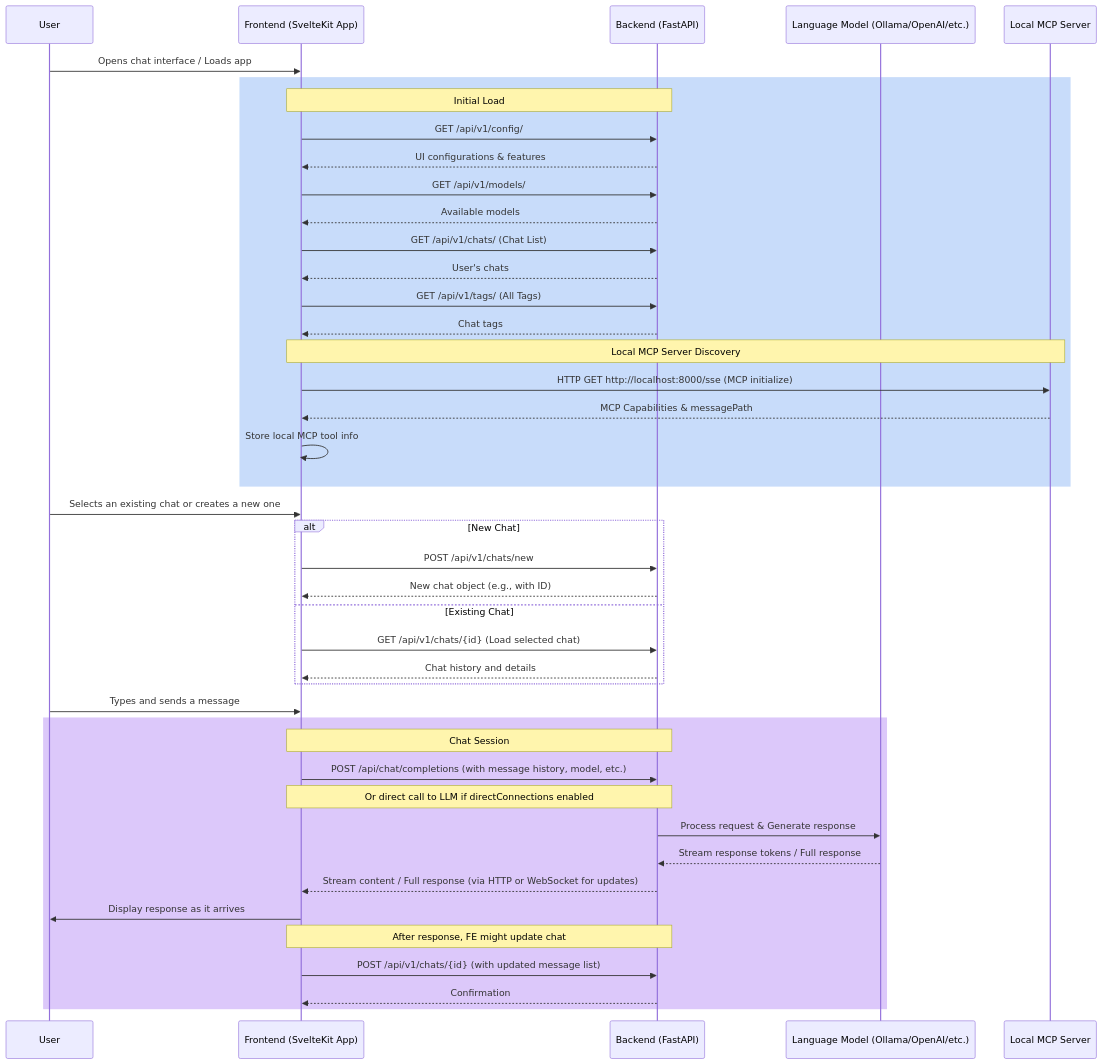
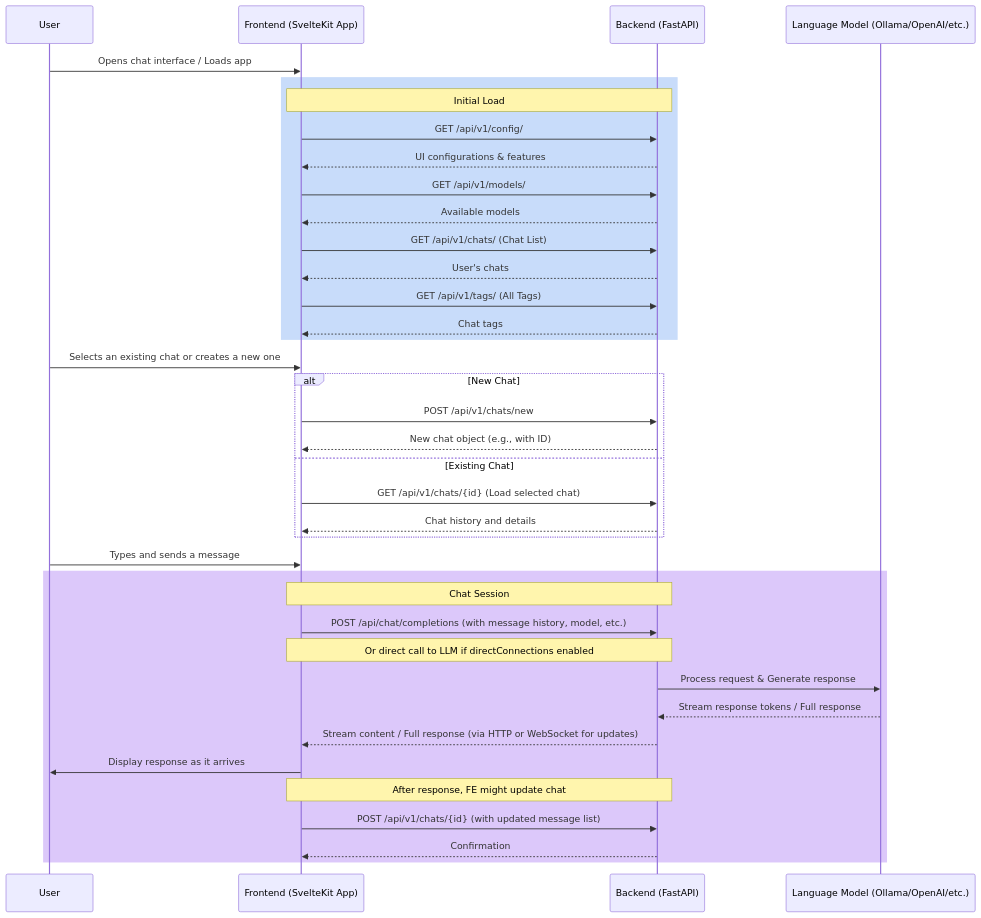
One commit to open-webui/open-webui changed the first of 4 diagrams in roger/chatflow.md. Above: the diagram before and after it, drawn with Mermaid. The commit also changed other lines of this file and 2 other files, not shown here.

Commit message:
docs: Update documentation for local MCP tool integration and clarify tool invocation processes

````diff
--- a/roger/chatflow.md
+++ b/roger/chatflow.md
@@ -82,54 +78,48 @@
 ```mermaid
 sequenceDiagram
     participant U as User
     participant FE as Frontend (SvelteKit App)
     participant BE as Backend (FastAPI)
     participant LLM as Language Model (Ollama/OpenAI/etc.)
-    participant LMCP as Local MCP Server
 
     U->>FE: Opens chat interface / Loads app
     
     rect rgb(200, 220, 250)
     Note over FE,BE: Initial Load
     FE->>BE: GET /api/v1/config/
     BE-->>FE: UI configurations & features
     
     FE->>BE: GET /api/v1/models/
     BE-->>FE: Available models
     
     FE->>BE: GET /api/v1/chats/ (Chat List)
     BE-->>FE: User's chats
     
     FE->>BE: GET /api/v1/tags/ (All Tags)
     BE-->>FE: Chat tags
-
-    Note over FE,LMCP: Local MCP Server Discovery
-    FE->>LMCP: HTTP GET http://localhost:8000/sse (MCP initialize)
-    LMCP-->>FE: MCP Capabilities & messagePath
-    FE->>FE: Store local MCP tool info
     end
 
     U->>FE: Selects an existing chat or creates a new one
     alt New Chat
         FE->>BE: POST /api/v1/chats/new
         BE-->>FE: New chat object (e.g., with ID)
     else Existing Chat
         FE->>BE: GET /api/v1/chats/{id} (Load selected chat)
         BE-->>FE: Chat history and details
     end
     
     U->>FE: Types and sends a message
     rect rgb(220, 200, 250)
     Note over FE,BE: Chat Session
     FE->>BE: POST /api/chat/completions (with message history, model, etc.)
     Note over FE,BE: Or direct call to LLM if directConnections enabled
     BE->>LLM: Process request & Generate response
     LLM-->>BE: Stream response tokens / Full response
     BE-->>FE: Stream content / Full response (via HTTP or WebSocket for updates)
     FE->>U: Display response as it arrives
     
     Note over FE,BE: After response, FE might update chat
     FE->>BE: POST /api/v1/chats/{id} (with updated message list)
     BE-->>FE: Confirmation
     end
 ```
````
